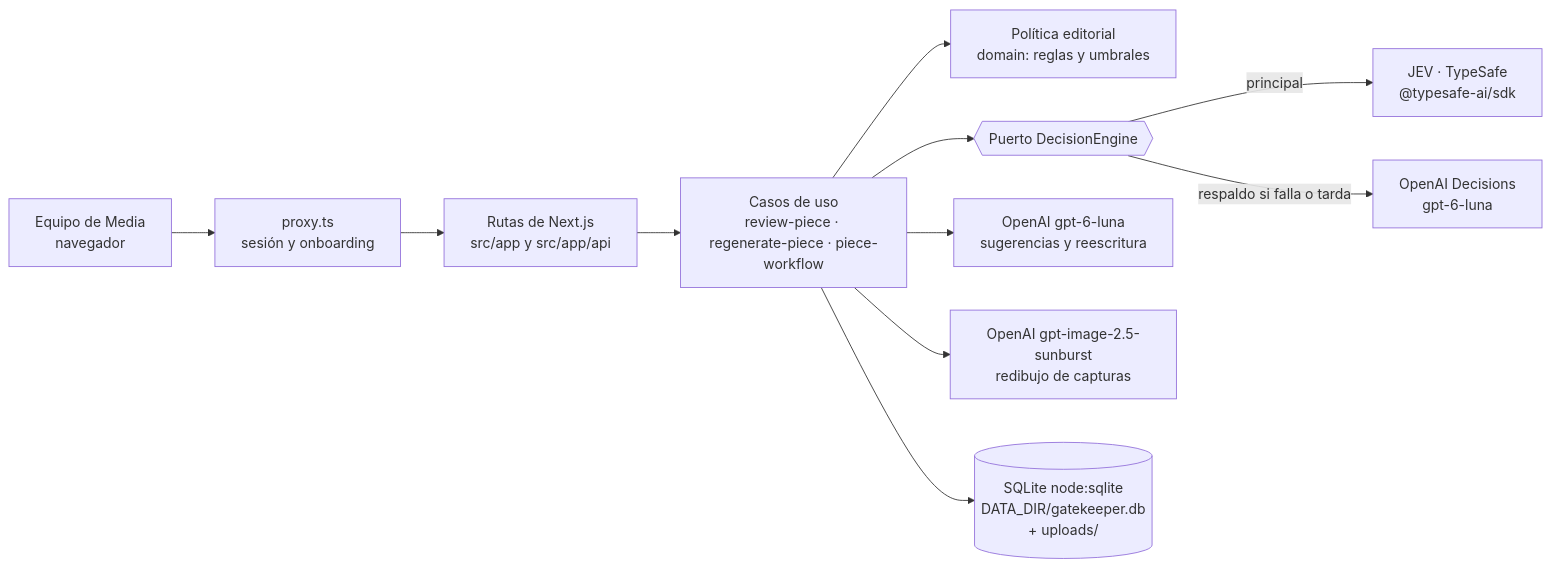
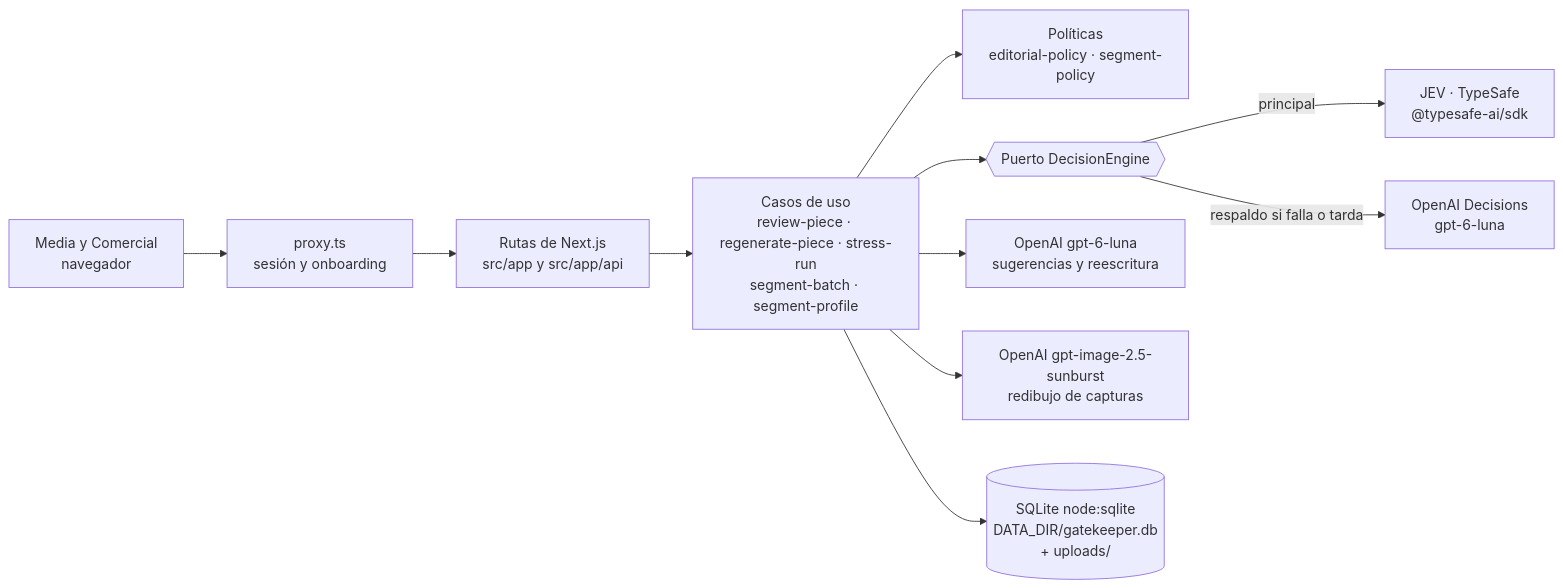
One commit to Michael-Liendo/gatekeeper-30x changed the diagram in README.md. Above: the diagram before and after it, drawn with Mermaid. The commit also changed other lines of this file and 16 other files, not shown here.

````diff
--- a/README.md
+++ b/README.md
@@ -119,13 +152,13 @@
 ```mermaid
 flowchart LR
-  U[Equipo de Media<br/>navegador] --> P[proxy.ts<br/>sesión y onboarding]
+  U[Media y Comercial<br/>navegador] --> P[proxy.ts<br/>sesión y onboarding]
   P --> R[Rutas de Next.js<br/>src/app y src/app/api]
-  R --> UC[Casos de uso<br/>review-piece · regenerate-piece · piece-workflow]
-  UC --> POL[Política editorial<br/>domain: reglas y umbrales]
+  R --> UC[Casos de uso<br/>review-piece · regenerate-piece · stress-run<br/>segment-batch · segment-profile]
+  UC --> POL[Políticas<br/>editorial-policy · segment-policy]
   UC --> DE{{Puerto DecisionEngine}}
   DE -->|principal| JEV[JEV · TypeSafe<br/>@typesafe-ai/sdk]
   DE -->|respaldo si falla o tarda| OAD[OpenAI Decisions<br/>gpt-6-luna]
   UC --> LLM[OpenAI gpt-6-luna<br/>sugerencias y reescritura]
   UC --> IMG[OpenAI gpt-image-2.5-sunburst<br/>redibujo de capturas]
   UC --> DB[(SQLite node:sqlite<br/>DATA_DIR/gatekeeper.db<br/>+ uploads/)]
 ```
````
